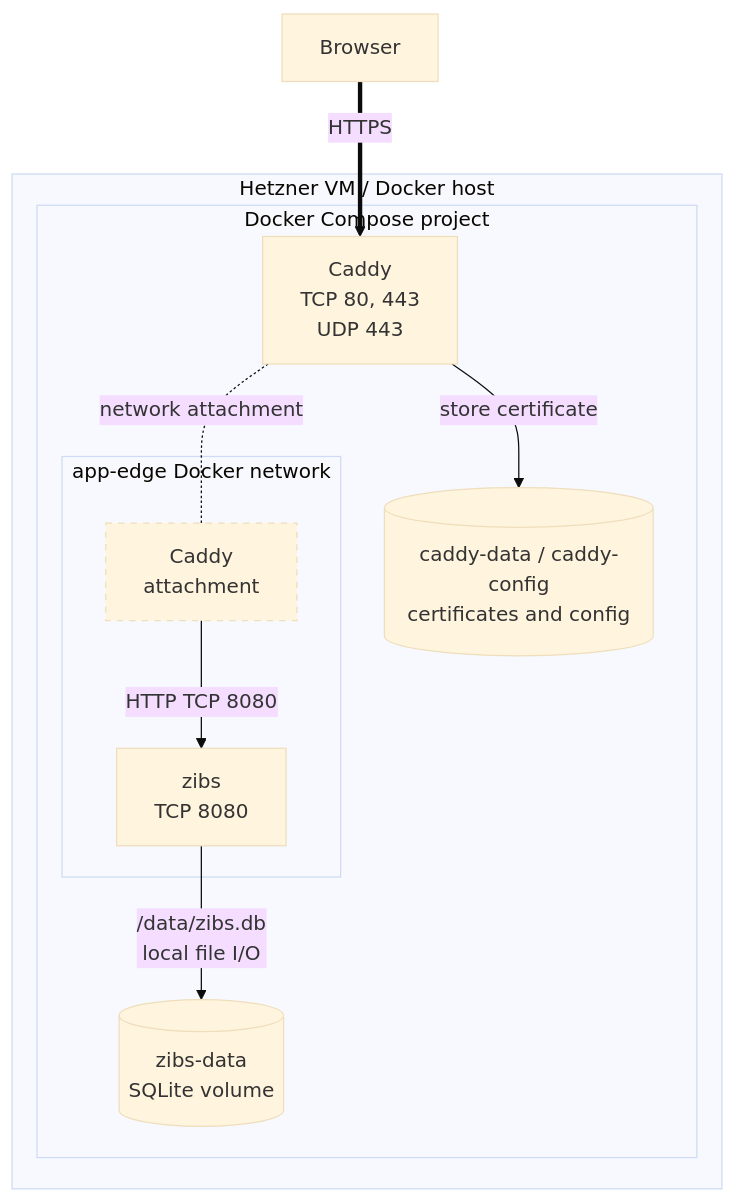
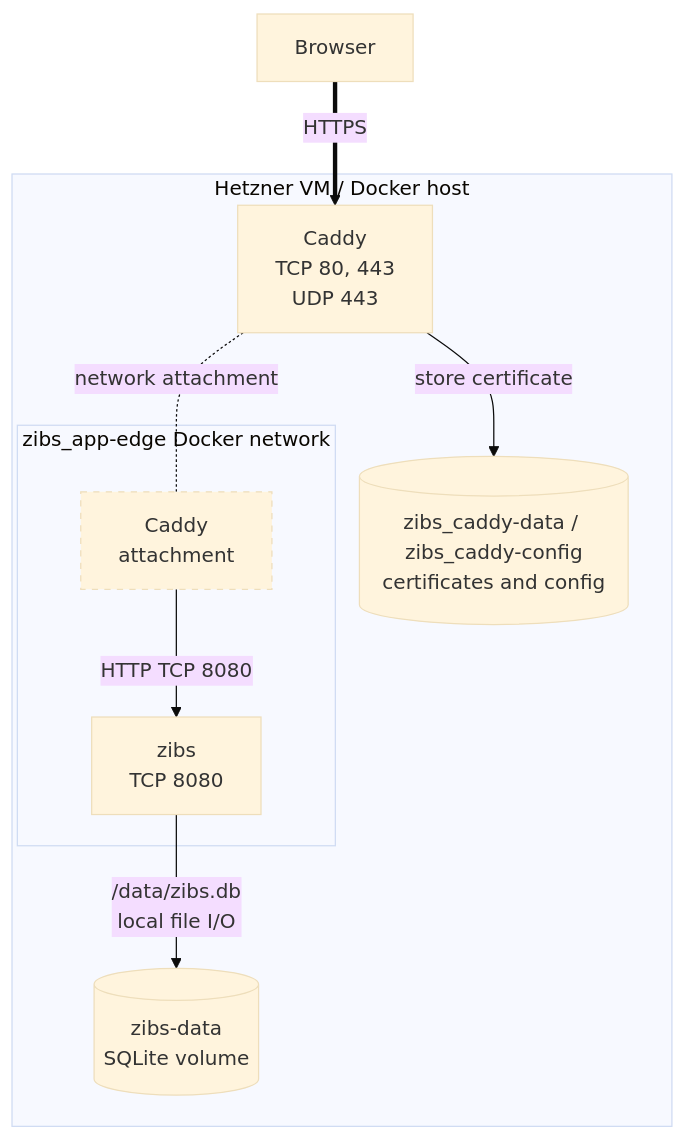
Before and after one commit to dvinubius/zibs: the diagram in docs/deployment-architecture.md, drawn with Mermaid (base theme). The commit also changed other lines of this file and 6 other files, not shown here.

````diff
--- a/docs/deployment-architecture.md
+++ b/docs/deployment-architecture.md
@@ -9,25 +9,23 @@
 ```mermaid
 flowchart TB
     browser[Browser]
 
     subgraph host[Hetzner VM / Docker host]
-        subgraph compose[Docker Compose project]
-            caddy[Caddy<br/>TCP 80, 443<br/>UDP 443]
-            subgraph edge[app-edge Docker network]
-                caddyAppEdge[Caddy<br/>attachment]
-                zibs[zibs<br/>TCP 8080]
-            end
-            zibsData[(zibs-data<br/>SQLite volume)]
-            caddyData[(caddy-data / caddy-config<br/>certificates and config)]
+        caddyData[(zibs_caddy-data / zibs_caddy-config<br/>certificates and config)]
+        subgraph edge[zibs_app-edge Docker network]
+            caddyAppEdge[Caddy<br/>attachment]
+            zibs[zibs<br/>TCP 8080]
         end
+        zibsData[(zibs-data<br/>SQLite volume)]
+        caddy[Caddy<br/>TCP 80, 443<br/>UDP 443]
     end
 
     browser ==>|HTTPS| caddy
     caddy -.-|network attachment| caddyAppEdge
     caddyAppEdge -->|HTTP TCP 8080| zibs
     zibs -->|/data/zibs.db<br/>local file I/O| zibsData
     caddy -->|store certificate| caddyData
 
     classDef networkAttachment stroke-dasharray: 5 5;
     class caddyAppEdge networkAttachment;
 ```
````
